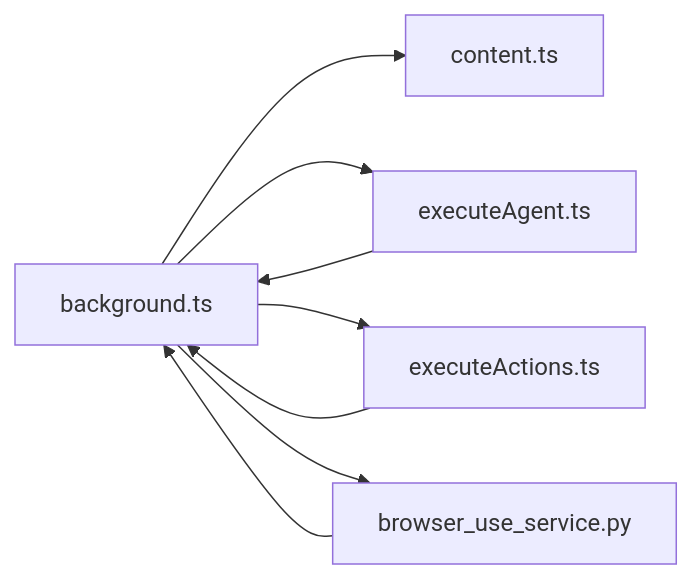
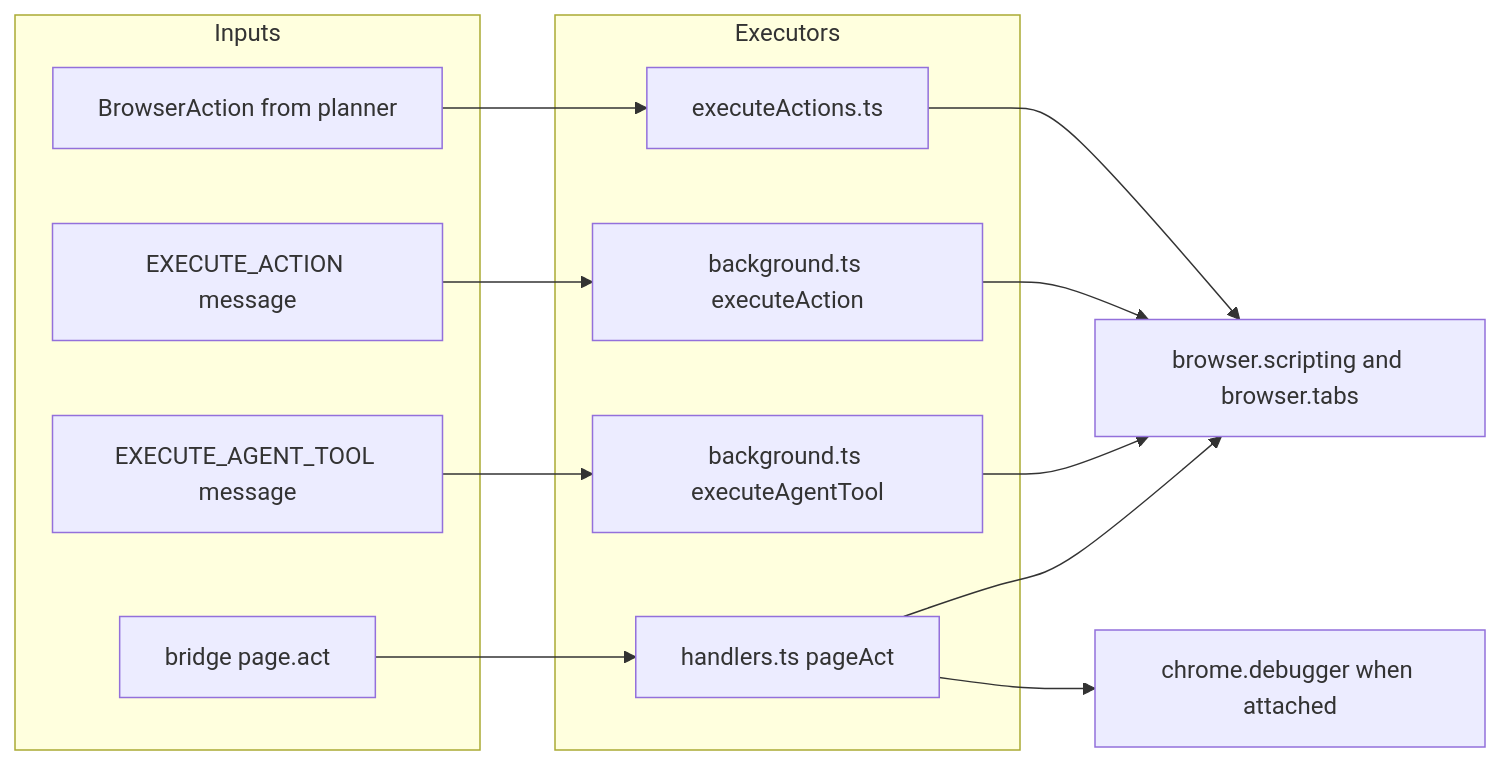
The fifth of 5 diagrams in src/data/docs/agentic-browser/Browser Automation/DOM Manipulation and Element Targeting.md (tashifkhan/tashif.codes), drawn with Mermaid before and after one commit. The commit also changed other lines of this file and 114 other files, not shown here.

````diff
--- a/src/data/docs/agentic-browser/Browser Automation/DOM Manipulation and Element Targeting.md
+++ b/src/data/docs/agentic-browser/Browser Automation/DOM Manipulation and Element Targeting.md
@@ -167,10 +163,24 @@
 ```mermaid
 graph LR
-BG["background.ts"] --> CS["content.ts"]
-BG --> UA1["executeAgent.ts"]
-BG --> UA2["executeActions.ts"]
-UA1 --> BG
-UA2 --> BG
-BG --> PY["browser_use_service.py"]
-PY --> BG
+  subgraph Inputs
+    Runtime["BrowserAction from planner"]
+    Message["EXECUTE_ACTION message"]
+    AgentTool["EXECUTE_AGENT_TOOL message"]
+    Mcp["bridge page.act"]
+  end
+  subgraph Executors
+    Exec["executeActions.ts"]
+    Legacy["background.ts executeAction"]
+    Named["background.ts executeAgentTool"]
+    Bridge["handlers.ts pageAct"]
+  end
+  Runtime --> Exec
+  Message --> Legacy
+  AgentTool --> Named
+  Mcp --> Bridge
+  Exec --> Common["browser.scripting and browser.tabs"]
+  Legacy --> Common
+  Named --> Common
+  Bridge --> Cdp["chrome.debugger when attached"]
+  Bridge --> Common
 ```
````
